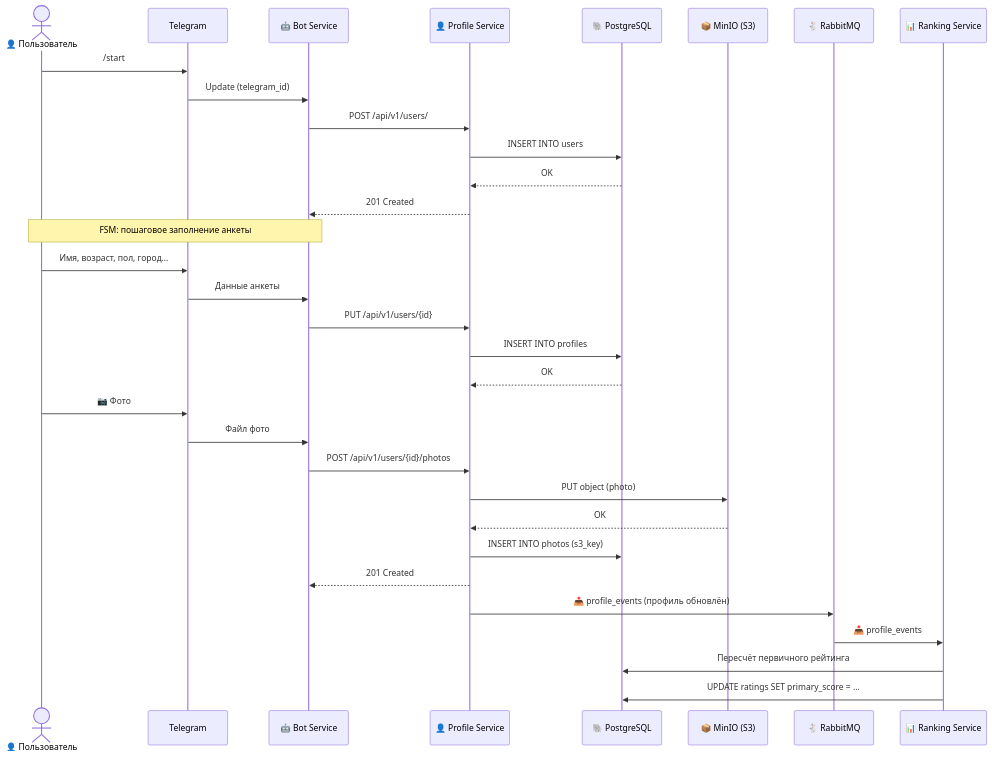
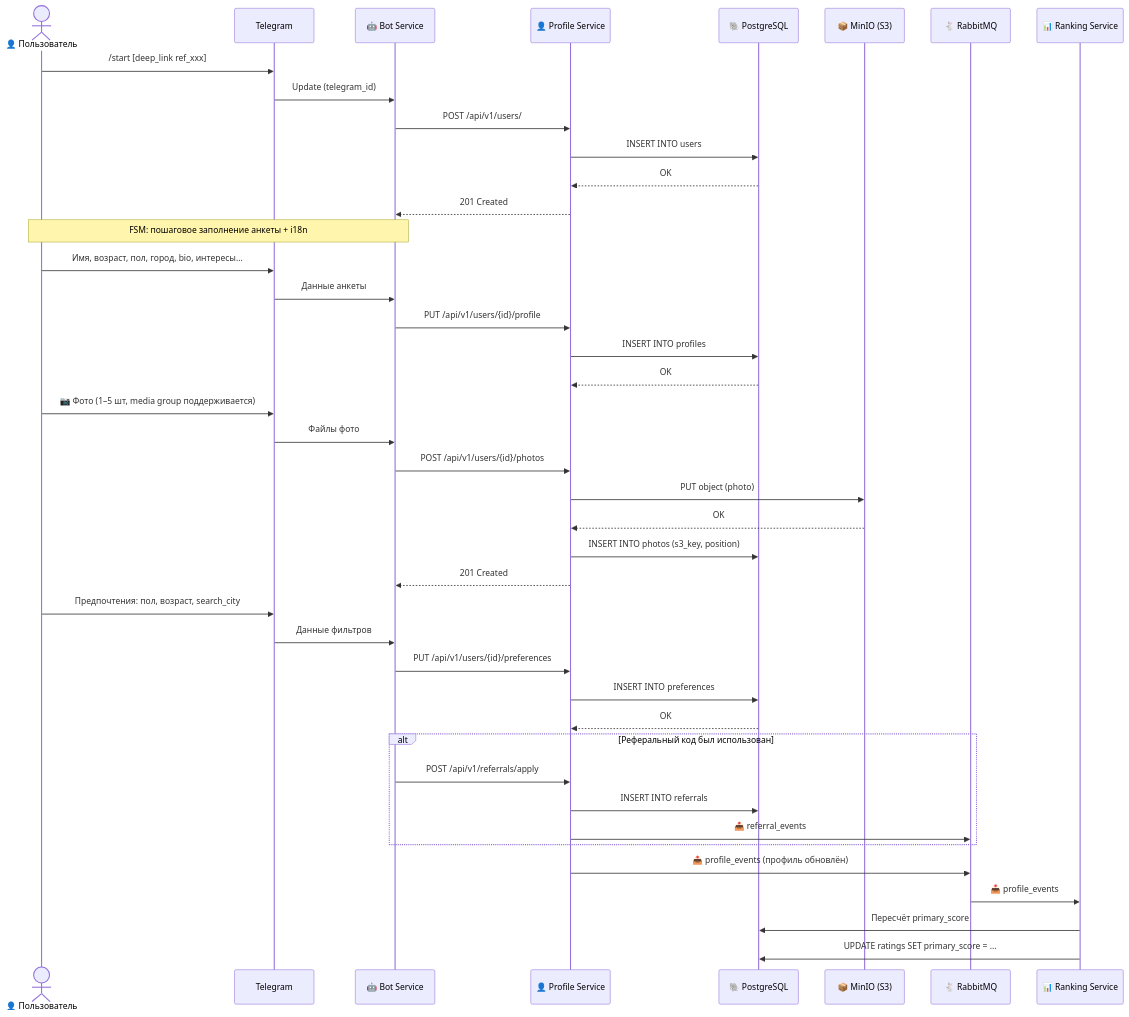
One commit to UsachovaUlyana/ulsu changed the second of 7 diagrams in docs/architecture.md. Above: the diagram before and after it, drawn with Mermaid. The commit also changed other lines of this file and 184 other files, not shown here.

````diff
--- a/docs/architecture.md
+++ b/docs/architecture.md
@@ -91,39 +93,51 @@
 ```mermaid
 sequenceDiagram
     actor User as 👤 Пользователь
     participant TG as Telegram
     participant Bot as 🤖 Bot Service
     participant Profile as 👤 Profile Service
     participant PG as 🐘 PostgreSQL
     participant S3 as 📦 MinIO (S3)
     participant RMQ as 🐇 RabbitMQ
     participant Rank as 📊 Ranking Service
 
-    User->>TG: /start
+    User->>TG: /start [deep_link ref_xxx]
     TG->>Bot: Update (telegram_id)
     Bot->>Profile: POST /api/v1/users/
     Profile->>PG: INSERT INTO users
     PG-->>Profile: OK
     Profile-->>Bot: 201 Created
 
-    Note over Bot,User: FSM: пошаговое заполнение анкеты
+    Note over Bot,User: FSM: пошаговое заполнение анкеты + i18n
 
-    User->>TG: Имя, возраст, пол, город...
+    User->>TG: Имя, возраст, пол, город, bio, интересы...
     TG->>Bot: Данные анкеты
-    Bot->>Profile: PUT /api/v1/users/{id}
+    Bot->>Profile: PUT /api/v1/users/{id}/profile
     Profile->>PG: INSERT INTO profiles
     PG-->>Profile: OK
 
-    User->>TG: 📷 Фото
-    TG->>Bot: Файл фото
+    User->>TG: 📷 Фото (1–5 шт, media group поддерживается)
+    TG->>Bot: Файлы фото
     Bot->>Profile: POST /api/v1/users/{id}/photos
     Profile->>S3: PUT object (photo)
     S3-->>Profile: OK
-    Profile->>PG: INSERT INTO photos (s3_key)
+    Profile->>PG: INSERT INTO photos (s3_key, position)
     Profile-->>Bot: 201 Created
+
+    User->>TG: Предпочтения: пол, возраст, search_city
+    TG->>Bot: Данные фильтров
+    Bot->>Profile: PUT /api/v1/users/{id}/preferences
+    Profile->>PG: INSERT INTO preferences
+    PG-->>Profile: OK
+
+    alt Реферальный код был использован
+        Bot->>Profile: POST /api/v1/referrals/apply
+        Profile->>PG: INSERT INTO referrals
+        Profile->>RMQ: 📤 referral_events
+    end
 
     Profile->>RMQ: 📤 profile_events (профиль обновлён)
     RMQ->>Rank: 📥 profile_events
-    Rank->>PG: Пересчёт первичного рейтинга
+    Rank->>PG: Пересчёт primary_score
     Rank->>PG: UPDATE ratings SET primary_score = ...
 ```
````
